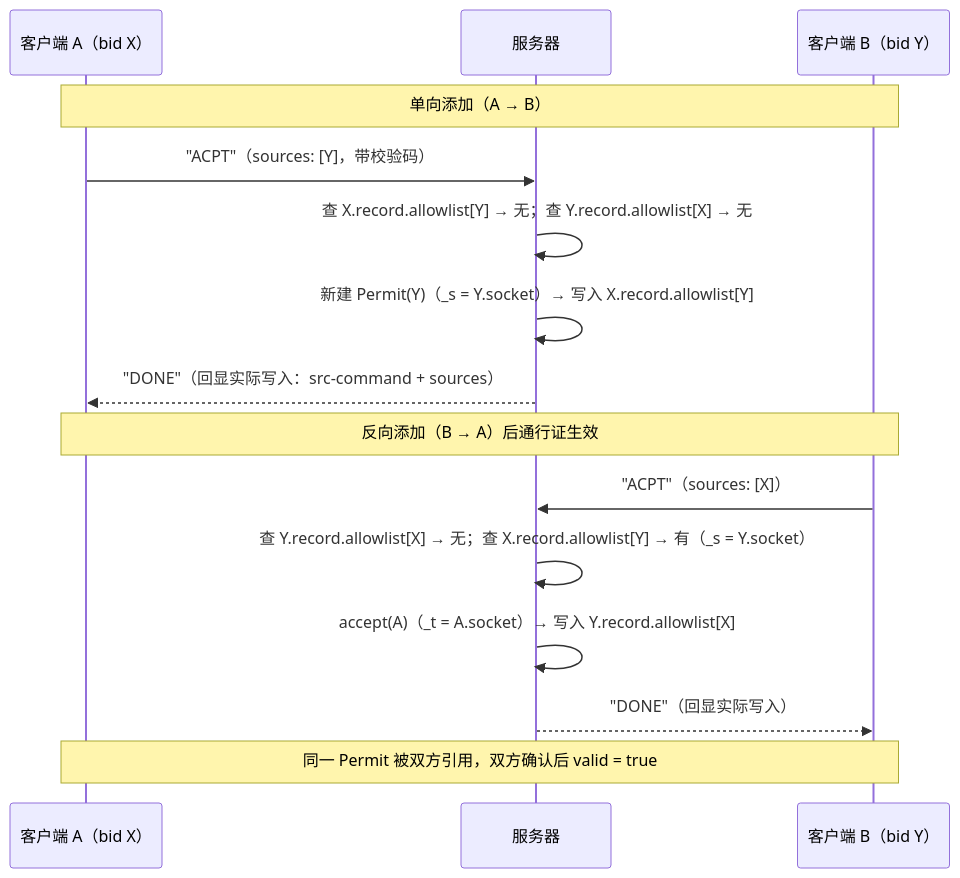
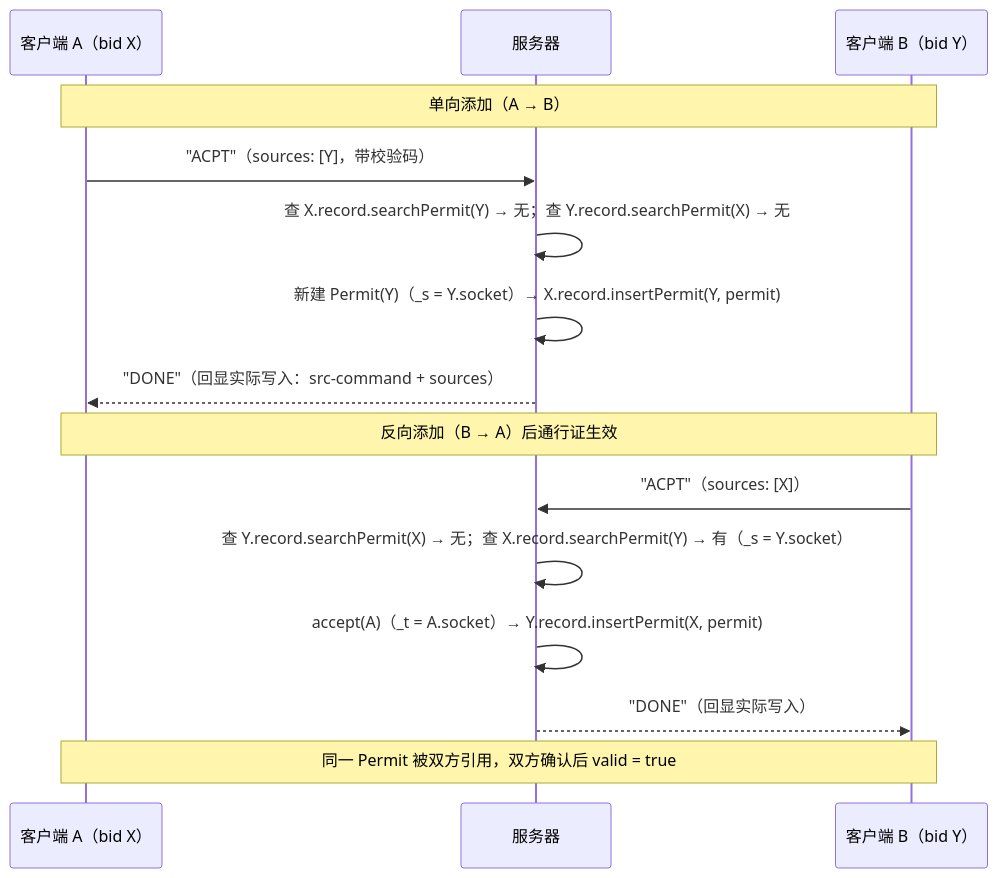
The fifth of 11 diagrams in docs/workflow.md (moky/magpie), drawn with Mermaid before and after one commit. The commit also changed other lines of this file and 8 other files, not shown here.

````diff
--- a/docs/workflow.md
+++ b/docs/workflow.md
@@ -121,20 +121,20 @@
 ```mermaid
 sequenceDiagram
     participant A as 客户端 A（bid X）
     participant S as 服务器
     participant B as 客户端 B（bid Y）
 
     Note over A,B: 单向添加（A → B）
     A->>S: "ACPT"（sources: [Y]，带校验码）
-    S->>S: 查 X.record.allowlist[Y] → 无；查 Y.record.allowlist[X] → 无
-    S->>S: 新建 Permit(Y)（_s = Y.socket）→ 写入 X.record.allowlist[Y]
+    S->>S: 查 X.record.searchPermit(Y) → 无；查 Y.record.searchPermit(X) → 无
+    S->>S: 新建 Permit(Y)（_s = Y.socket）→ X.record.insertPermit(Y, permit)
     S-->>A: "DONE"（回显实际写入：src-command + sources）
 
     Note over A,B: 反向添加（B → A）后通行证生效
     B->>S: "ACPT"（sources: [X]）
-    S->>S: 查 Y.record.allowlist[X] → 无；查 X.record.allowlist[Y] → 有（_s = Y.socket）
-    S->>S: accept(A)（_t = A.socket）→ 写入 Y.record.allowlist[X]
+    S->>S: 查 Y.record.searchPermit(X) → 无；查 X.record.searchPermit(Y) → 有（_s = Y.socket）
+    S->>S: accept(A)（_t = A.socket）→ Y.record.insertPermit(X, permit)
     S-->>B: "DONE"（回显实际写入）
 
     Note over A,B: 同一 Permit 被双方引用，双方确认后 valid = true
 ```
````
